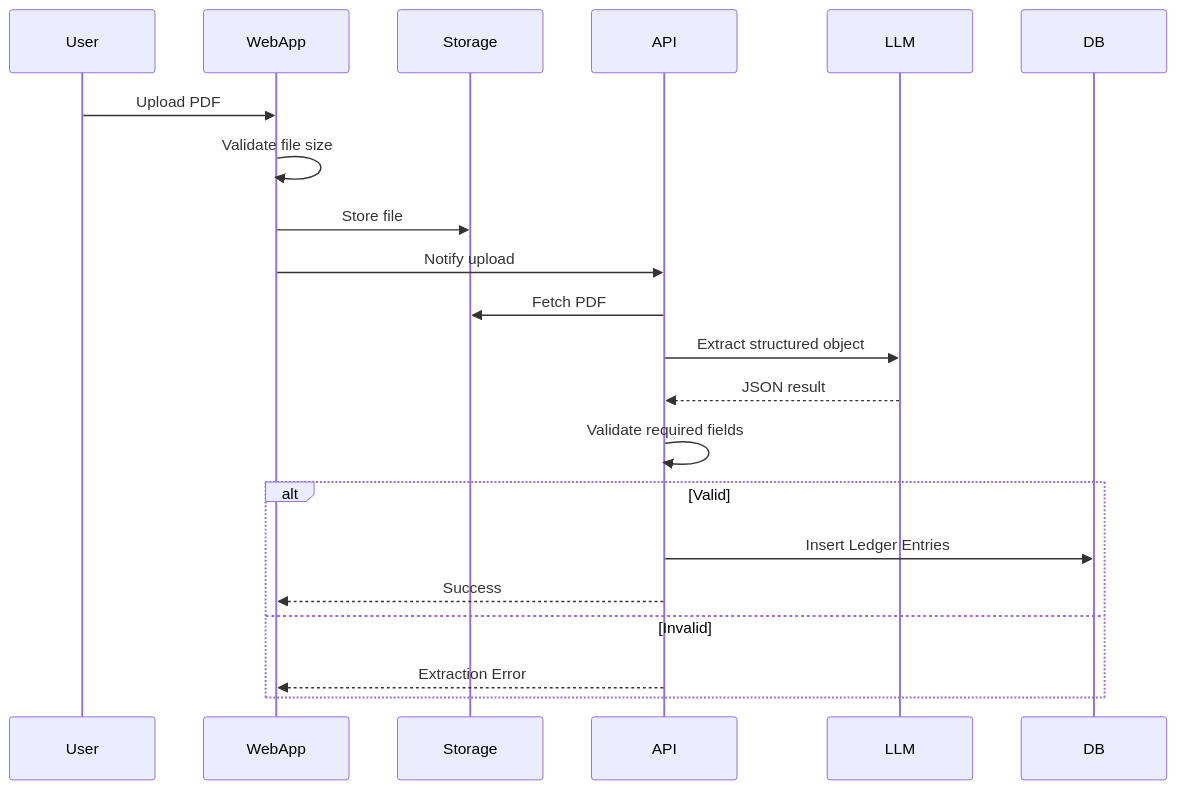
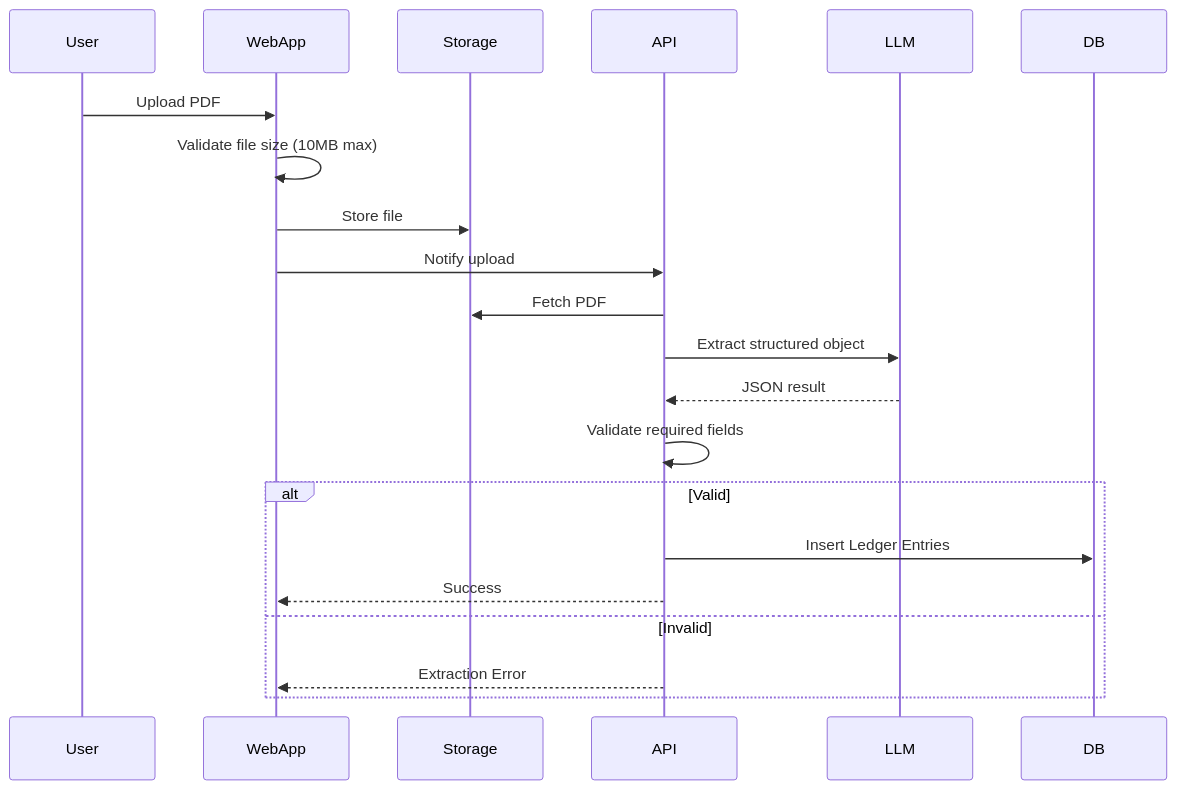
The first of 2 diagrams in docs/v1-tsd.md (TheodoreChuang/rei-portfolio-system), drawn with Mermaid before and after one commit. The commit also changed other lines of this file and 3 other files, not shown here.

````diff
--- a/docs/v1-tsd.md
+++ b/docs/v1-tsd.md
@@ -90,26 +104,26 @@
 ```mermaid
 sequenceDiagram
     participant User
     participant WebApp
     participant Storage
     participant API
     participant LLM
     participant DB
 
     User->>WebApp: Upload PDF
-    WebApp->>WebApp: Validate file size
+    WebApp->>WebApp: Validate file size (10MB max)
     WebApp->>Storage: Store file
     WebApp->>API: Notify upload
 
     API->>Storage: Fetch PDF
     API->>LLM: Extract structured object
     LLM-->>API: JSON result
     API->>API: Validate required fields
 
     alt Valid
         API->>DB: Insert Ledger Entries
         API-->>WebApp: Success
     else Invalid
         API-->>WebApp: Extraction Error
     end
 ```
````
